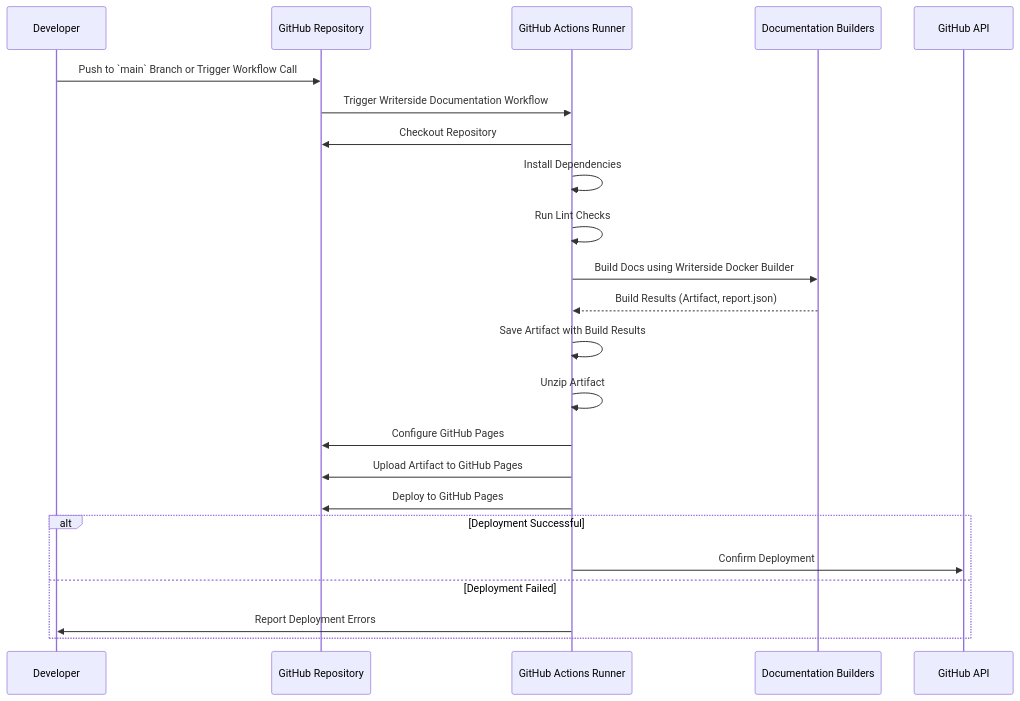
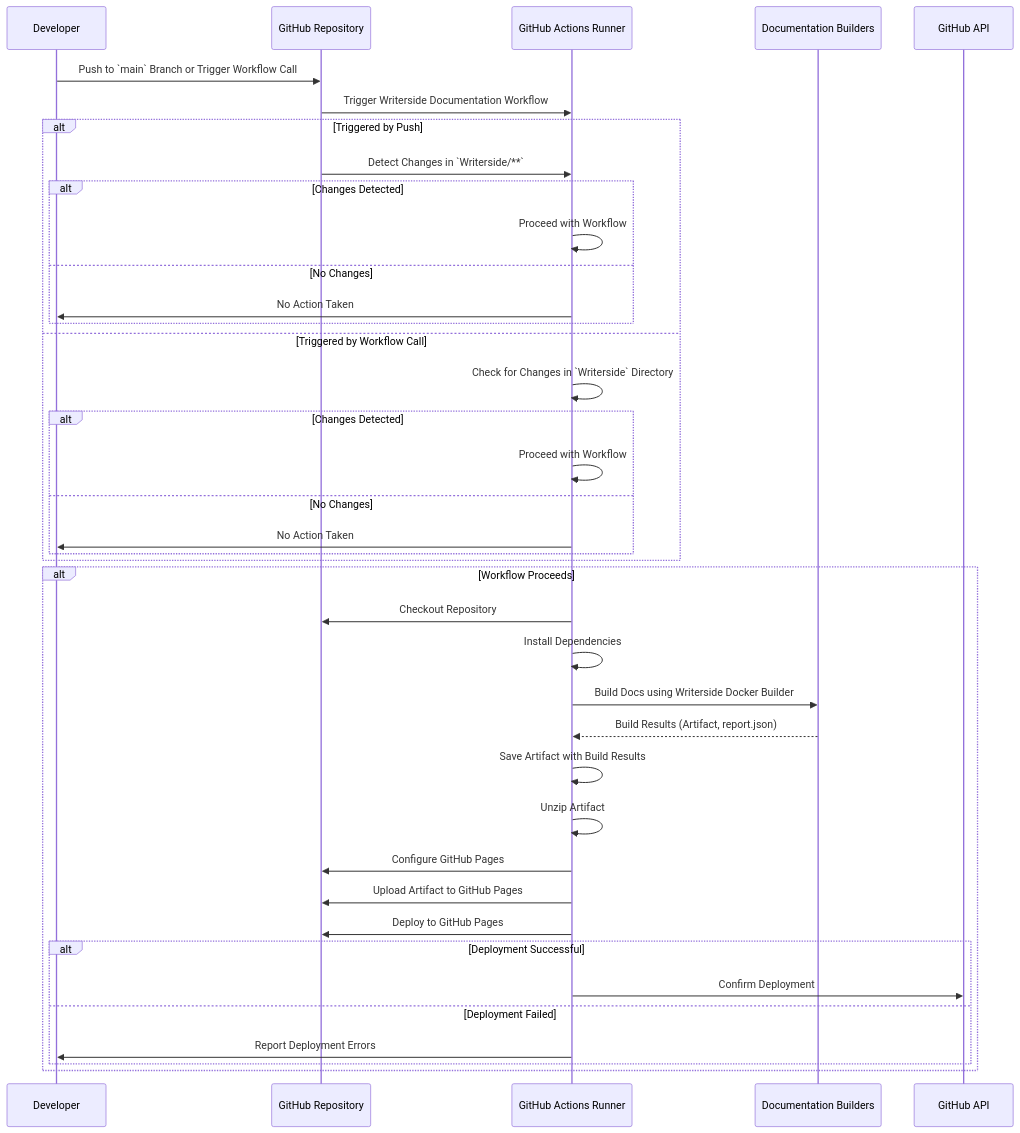
Before and after one commit to Kurocado-Studio/styleguide: the diagram in Writerside/topics/Writerside.md, drawn with Mermaid. The commit also changed other lines of this file and 7 other files, not shown here.

````diff
--- a/Writerside/topics/Writerside.md
+++ b/Writerside/topics/Writerside.md
@@ -10,26 +16,44 @@
 ```mermaid
 sequenceDiagram
-    participant Developer
-    participant GitHubRepo as GitHub Repository
-    participant Runner as GitHub Actions Runner
-    participant Builders as Documentation Builders
-    participant GitHubAPI as GitHub API
+   participant Developer
+   participant GitHubRepo as GitHub Repository
+   participant Runner as GitHub Actions Runner
+   participant Builders as Documentation Builders
+   participant GitHubAPI as GitHub API
 
-    Developer->>GitHubRepo: Push to `main` Branch or Trigger Workflow Call
-    GitHubRepo->>Runner: Trigger Writerside Documentation Workflow
-    Runner->>GitHubRepo: Checkout Repository
-    Runner->>Runner: Install Dependencies
-    Runner->>Runner: Run Lint Checks
-    Runner->>Builders: Build Docs using Writerside Docker Builder
-    Builders-->>Runner: Build Results (Artifact, report.json)
-    Runner->>Runner: Save Artifact with Build Results
-    Runner->>Runner: Unzip Artifact
-    Runner->>GitHubRepo: Configure GitHub Pages
-    Runner->>GitHubRepo: Upload Artifact to GitHub Pages
-    Runner->>GitHubRepo: Deploy to GitHub Pages
-    alt Deployment Successful
-        Runner->>GitHubAPI: Confirm Deployment
-    else Deployment Failed
-        Runner->>Developer: Report Deployment Errors
-    end
+   Developer->>GitHubRepo: Push to `main` Branch or Trigger Workflow Call
+   GitHubRepo->>Runner: Trigger Writerside Documentation Workflow
+
+   alt Triggered by Push
+      GitHubRepo->>Runner: Detect Changes in `Writerside/**`
+      alt Changes Detected
+         Runner->>Runner: Proceed with Workflow
+      else No Changes
+         Runner->>Developer: No Action Taken
+      end
+   else Triggered by Workflow Call
+      Runner->>Runner: Check for Changes in `Writerside` Directory
+      alt Changes Detected
+         Runner->>Runner: Proceed with Workflow
+      else No Changes
+         Runner->>Developer: No Action Taken
+      end
+   end
+
+   alt Workflow Proceeds
+      Runner->>GitHubRepo: Checkout Repository
+      Runner->>Runner: Install Dependencies
+      Runner->>Builders: Build Docs using Writerside Docker Builder
+      Builders-->>Runner: Build Results (Artifact, report.json)
+      Runner->>Runner: Save Artifact with Build Results
+      Runner->>Runner: Unzip Artifact
+      Runner->>GitHubRepo: Configure GitHub Pages
+      Runner->>GitHubRepo: Upload Artifact to GitHub Pages
+      Runner->>GitHubRepo: Deploy to GitHub Pages
+      alt Deployment Successful
+         Runner->>GitHubAPI: Confirm Deployment
+      else Deployment Failed
+         Runner->>Developer: Report Deployment Errors
+      end
+   end
 ```
````
